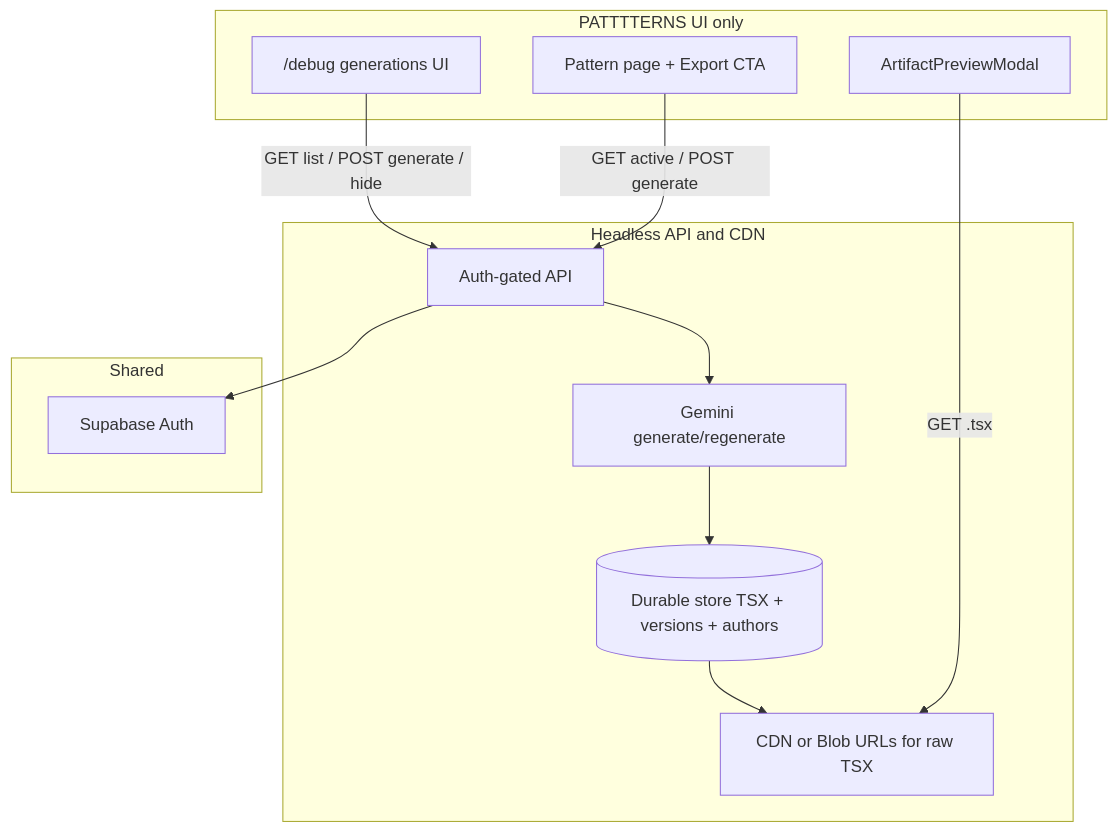
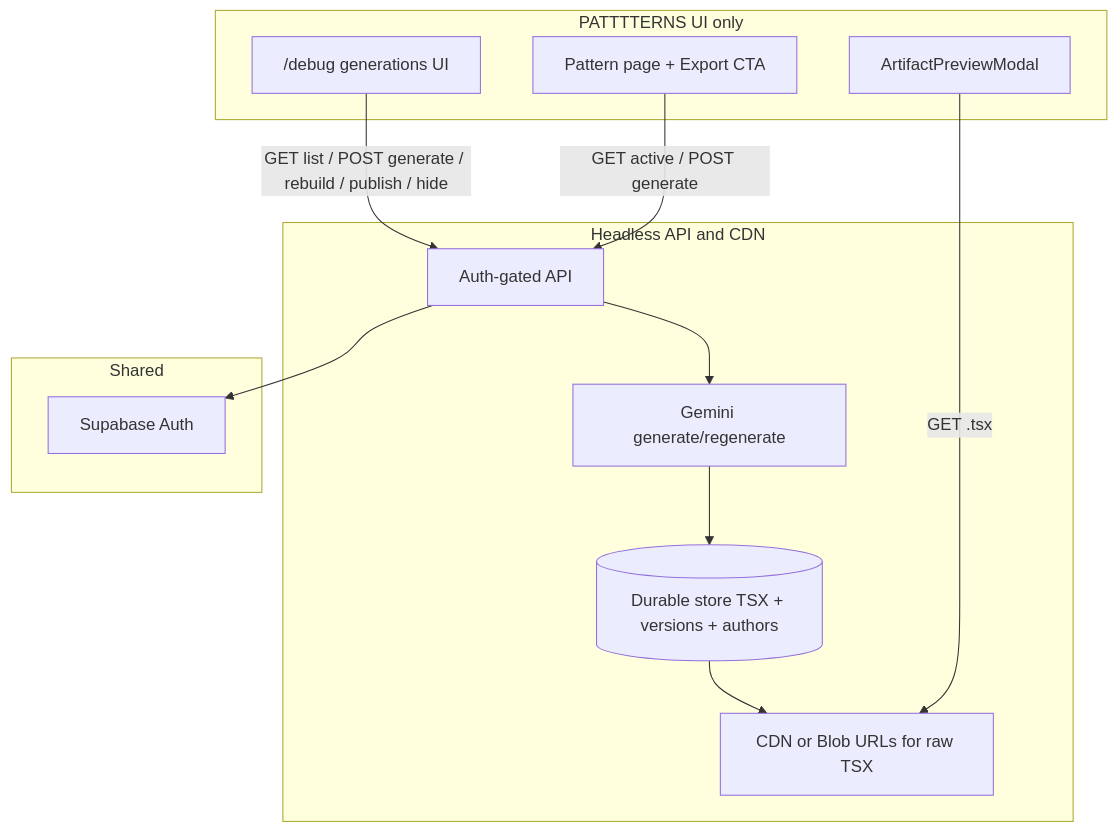
Before and after one commit to pabliqe/patttterns-docs: the diagram in product-roadmaps/specs/components-api-cdn-prd.md, drawn with Mermaid. The commit also changed other lines of this file and 7 other files, not shown here.

````diff
--- a/product-roadmaps/specs/components-api-cdn-prd.md
+++ b/product-roadmaps/specs/components-api-cdn-prd.md
@@ -49,26 +49,26 @@
 ```mermaid
 flowchart TB
   subgraph mainSite [PATTTTERNS UI only]
     PatternPage[Pattern page + Export CTA]
     DebugUI["/debug generations UI"]
     PreviewModal[ArtifactPreviewModal]
   end
 
   subgraph componentsBackend [Headless API and CDN]
     API[Auth-gated API]
     GenWorker[Gemini generate/regenerate]
     Store[(Durable store TSX + versions + authors)]
     TsxCdn[CDN or Blob URLs for raw TSX]
   end
 
   subgraph identity [Shared]
     Supabase[Supabase Auth]
   end
 
   PatternPage -->|"GET active / POST generate"| API
-  DebugUI -->|"GET list / POST generate / hide"| API
+  DebugUI -->|"GET list / POST generate / rebuild / publish / hide"| API
   PreviewModal -->|"GET .tsx"| TsxCdn
   API --> GenWorker --> Store
   Store --> TsxCdn
   API --> Supabase
 ```
````
